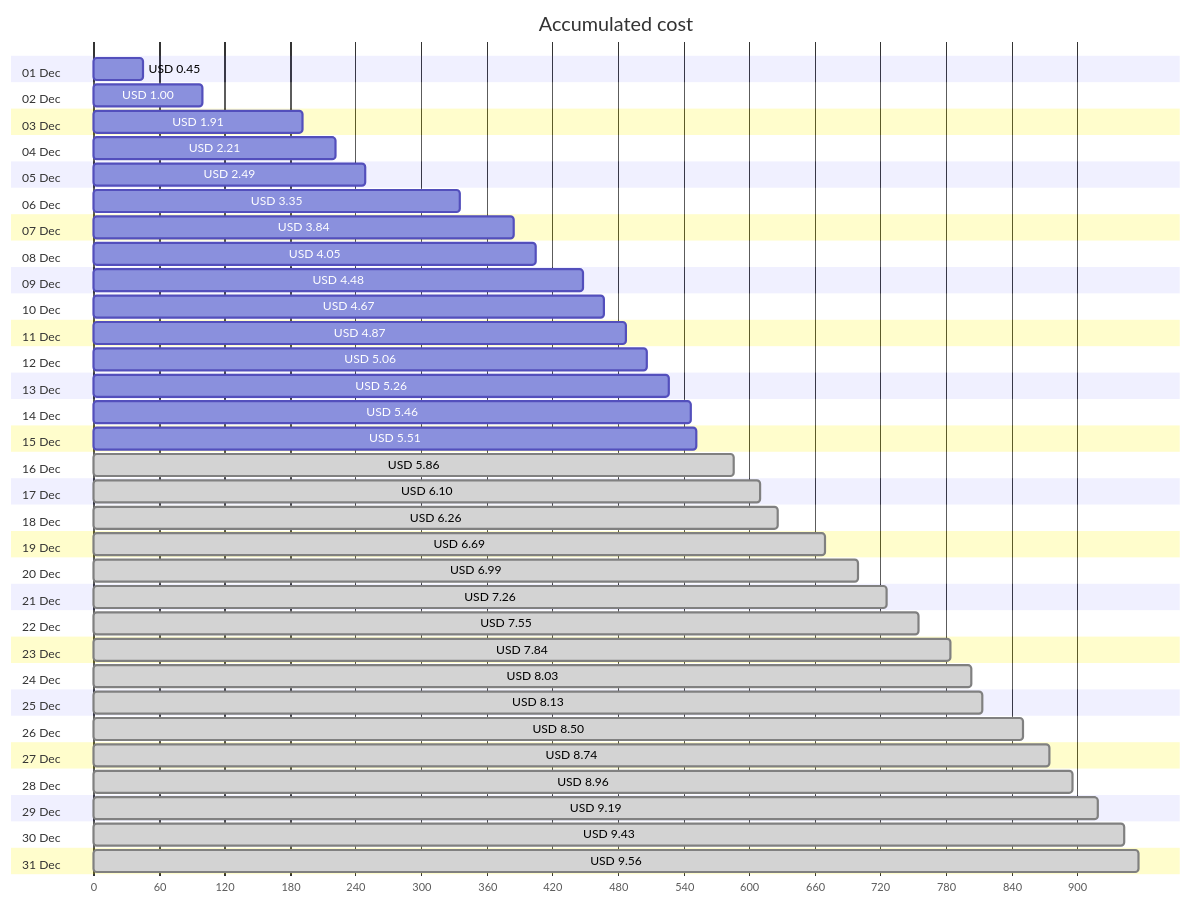
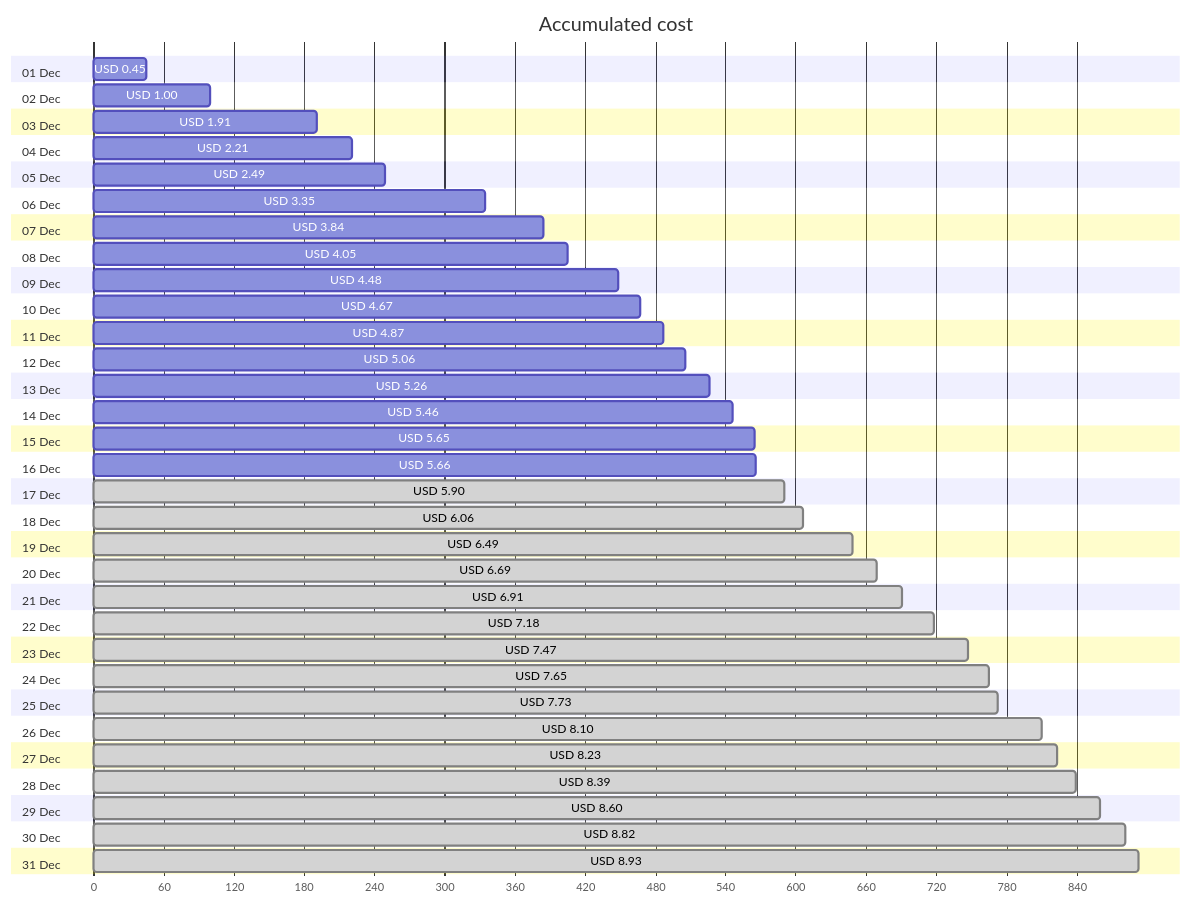
The first of 4 diagrams in cost-reports/personal-network/vpn-server.md (jpfulton/azure-personal-reports), drawn with Mermaid before and after one commit. The commit also changed other lines of this file and 8 other files, not shown here.

````diff
--- a/cost-reports/personal-network/vpn-server.md
+++ b/cost-reports/personal-network/vpn-server.md
@@ -20,68 +20,68 @@
 ```mermaid
 gantt
    title Accumulated cost
    dateFormat  X
    axisFormat %s
    section 01 Dec
    USD 0.45 :0, 45
    section 02 Dec
    USD 1.00 :0, 100
    section 03 Dec
    USD 1.91 :0, 191
    section 04 Dec
    USD 2.21 :0, 221
    section 05 Dec
    USD 2.49 :0, 249
    section 06 Dec
    USD 3.35 :0, 335
    section 07 Dec
    USD 3.84 :0, 384
    section 08 Dec
    USD 4.05 :0, 405
    section 09 Dec
    USD 4.48 :0, 448
    section 10 Dec
    USD 4.67 :0, 467
    section 11 Dec
    USD 4.87 :0, 487
    section 12 Dec
    USD 5.06 :0, 506
    section 13 Dec
    USD 5.26 :0, 526
    section 14 Dec
    USD 5.46 :0, 546
    section 15 Dec
-   USD 5.51 :0, 551
+   USD 5.65 :0, 565
    section 16 Dec
-   USD 5.86 : done, 0, 586
+   USD 5.66 :0, 566
    section 17 Dec
-   USD 6.10 : done, 0, 610
+   USD 5.90 : done, 0, 590
    section 18 Dec
-   USD 6.26 : done, 0, 626
+   USD 6.06 : done, 0, 606
    section 19 Dec
+   USD 6.49 : done, 0, 649
+   section 20 Dec
    USD 6.69 : done, 0, 669
-   section 20 Dec
-   USD 6.99 : done, 0, 699
    section 21 Dec
-   USD 7.26 : done, 0, 726
+   USD 6.91 : done, 0, 691
    section 22 Dec
-   USD 7.55 : done, 0, 755
+   USD 7.18 : done, 0, 718
    section 23 Dec
-   USD 7.84 : done, 0, 784
+   USD 7.47 : done, 0, 747
    section 24 Dec
-   USD 8.03 : done, 0, 803
+   USD 7.65 : done, 0, 765
    section 25 Dec
-   USD 8.13 : done, 0, 813
+   USD 7.73 : done, 0, 773
    section 26 Dec
-   USD 8.50 : done, 0, 850
+   USD 8.10 : done, 0, 810
    section 27 Dec
-   USD 8.74 : done, 0, 874
+   USD 8.23 : done, 0, 823
    section 28 Dec
-   USD 8.96 : done, 0, 896
+   USD 8.39 : done, 0, 839
    section 29 Dec
-   USD 9.19 : done, 0, 919
+   USD 8.60 : done, 0, 860
    section 30 Dec
-   USD 9.43 : done, 0, 943
+   USD 8.82 : done, 0, 882
    section 31 Dec
-   USD 9.56 : done, 0, 956
+   USD 8.93 : done, 0, 893
 ```
````
